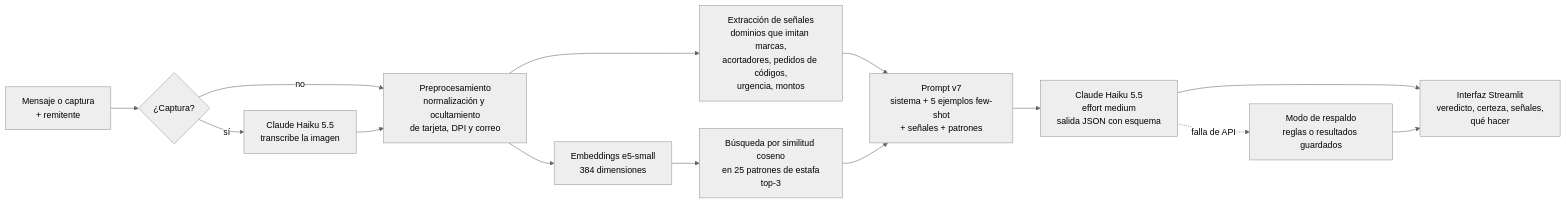
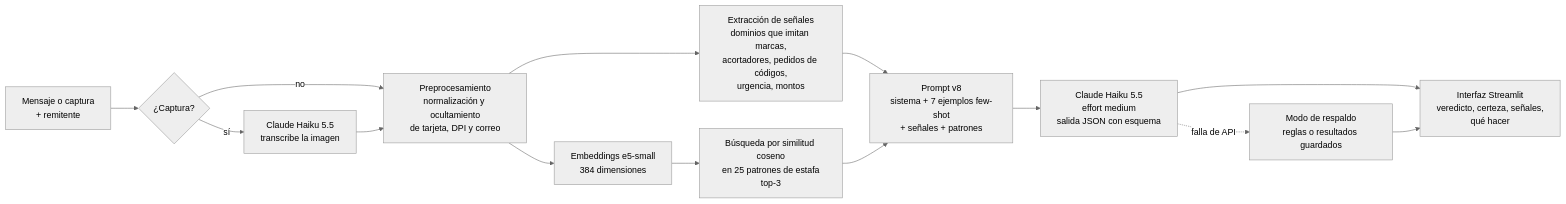
The diagram in README.md (FerAHMz/proy3-dl), drawn with Mermaid (neutral theme) before and after one commit. The commit also changed other lines of this file and 24 other files, not shown here.

````diff
--- a/README.md
+++ b/README.md
@@ -16,16 +16,16 @@
 ```mermaid
 flowchart LR
     A[Mensaje o captura<br/>+ remitente] --> B{¿Captura?}
     B -- sí --> C[Claude Haiku 5.5<br/>transcribe la imagen]
     B -- no --> D
     C --> D[Preprocesamiento<br/>normalización y ocultamiento<br/>de tarjeta, DPI y correo]
     D --> E[Extracción de señales<br/>dominios que imitan marcas,<br/>acortadores, pedidos de códigos,<br/>urgencia, montos]
     D --> F[Embeddings e5-small<br/>384 dimensiones]
     F --> G[Búsqueda por similitud coseno<br/>en 25 patrones de estafa<br/>top-3]
-    E --> H[Prompt v7<br/>sistema + 5 ejemplos few-shot<br/>+ señales + patrones]
+    E --> H[Prompt v8<br/>sistema + 7 ejemplos few-shot<br/>+ señales + patrones]
     G --> H
     H --> I[Claude Haiku 5.5<br/>effort medium<br/>salida JSON con esquema]
     I --> J[Interfaz Streamlit<br/>veredicto, certeza, señales,<br/>qué hacer]
     I -. falla de API .-> K[Modo de respaldo<br/>reglas o resultados guardados]
     K --> J
 ```
````
